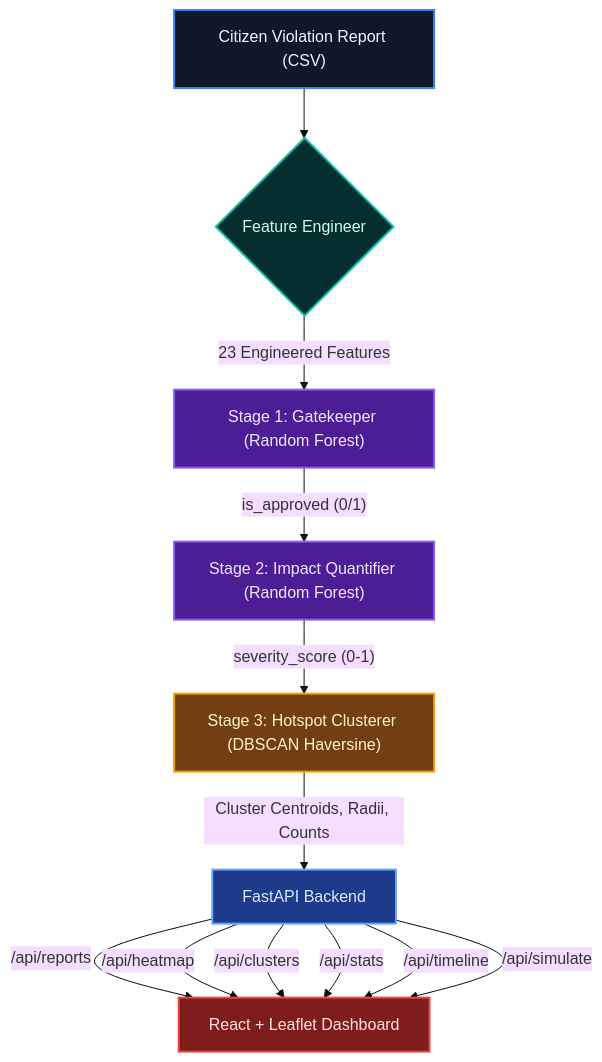
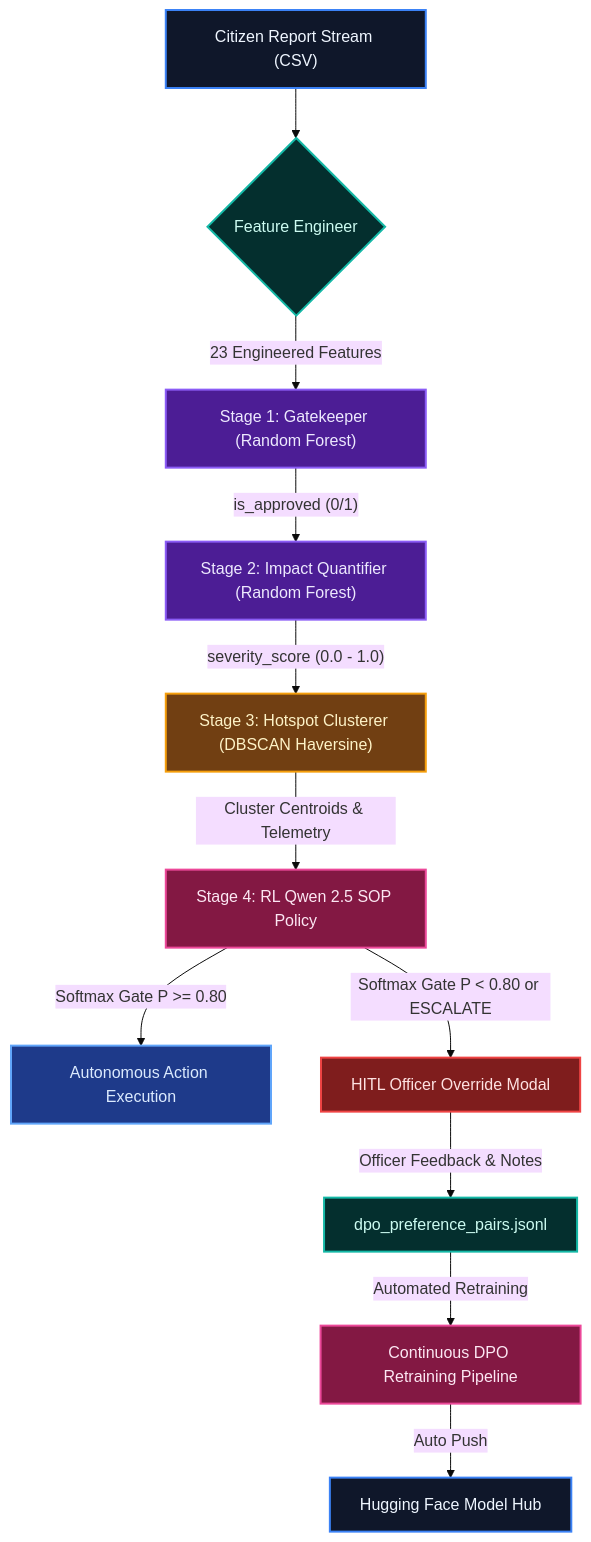
Before and after one commit to HamzaDevv/Traffic_congestion: the diagram in README.md, drawn with Mermaid (base theme). The commit also changed other lines of this file, not shown here.

Commit message:
docs: Update README.md with 4-stage architecture, Agentic Tools (Dijkstra), Qwen 2.5 0.5B fine-tuning specs, and continuous DPO pipeline

````diff
--- a/README.md
+++ b/README.md
@@ -42,24 +11,24 @@
 ```mermaid
 graph TD
     classDef default fill:#1e293b,stroke:#475569,stroke-width:2px,color:#f8fafc;
     classDef input fill:#0f172a,stroke:#3b82f6,stroke-width:2px,color:#eff6ff;
     classDef feature fill:#042f2e,stroke:#14b8a6,stroke-width:2px,color:#ccfbf1;
     classDef ml fill:#4c1d95,stroke:#8b5cf6,stroke-width:2px,color:#ede9fe;
     classDef cluster fill:#713f12,stroke:#f59e0b,stroke-width:2px,color:#fef3c7;
+    classDef rl fill:#831843,stroke:#ec4899,stroke-width:2px,color:#fce7f3;
     classDef ui fill:#7f1d1d,stroke:#ef4444,stroke-width:2px,color:#fee2e2;
     classDef api fill:#1e3a8a,stroke:#60a5fa,stroke-width:2px,color:#dbeafe;
 
-    A["Citizen Violation Report (CSV)"]:::input --> B{"Feature Engineer"}:::feature
+    A["Citizen Report Stream (CSV)"]:::input --> B{"Feature Engineer"}:::feature
     B -->|"23 Engineered Features"| C["Stage 1: Gatekeeper (Random Forest)"]:::ml
     C -->|"is_approved (0/1)"| D["Stage 2: Impact Quantifier (Random Forest)"]:::ml
-    D -->|"severity_score (0-1)"| E["Stage 3: Hotspot Clusterer (DBSCAN Haversine)"]:::cluster
+    D -->|"severity_score (0.0 - 1.0)"| E["Stage 3: Hotspot Clusterer (DBSCAN Haversine)"]:::cluster
+    E -->|"Cluster Centroids & Telemetry"| F["Stage 4: RL Qwen 2.5 SOP Policy"]:::rl
 
-    E -->|"Cluster Centroids, Radii, Counts"| F["FastAPI Backend"]:::api
+    F -->|"Softmax Gate P >= 0.80"| G["Autonomous Action Execution"]:::api
+    F -->|"Softmax Gate P < 0.80 or ESCALATE"| H["HITL Officer Override Modal"]:::ui
 
-    F -->|"/api/reports"| G["React + Leaflet Dashboard"]:::ui
-    F -->|"/api/heatmap"| G
-    F -->|"/api/clusters"| G
-    F -->|"/api/stats"| G
-    F -->|"/api/timeline"| G
-    F -->|"/api/simulate"| G
+    H -->|"Officer Feedback & Notes"| I["dpo_preference_pairs.jsonl"]:::feature
+    I -->|"Automated Retraining"| J["Continuous DPO Retraining Pipeline"]:::rl
+    J -->|"Auto Push"| K["Hugging Face Model Hub"]:::input
 ```
````
